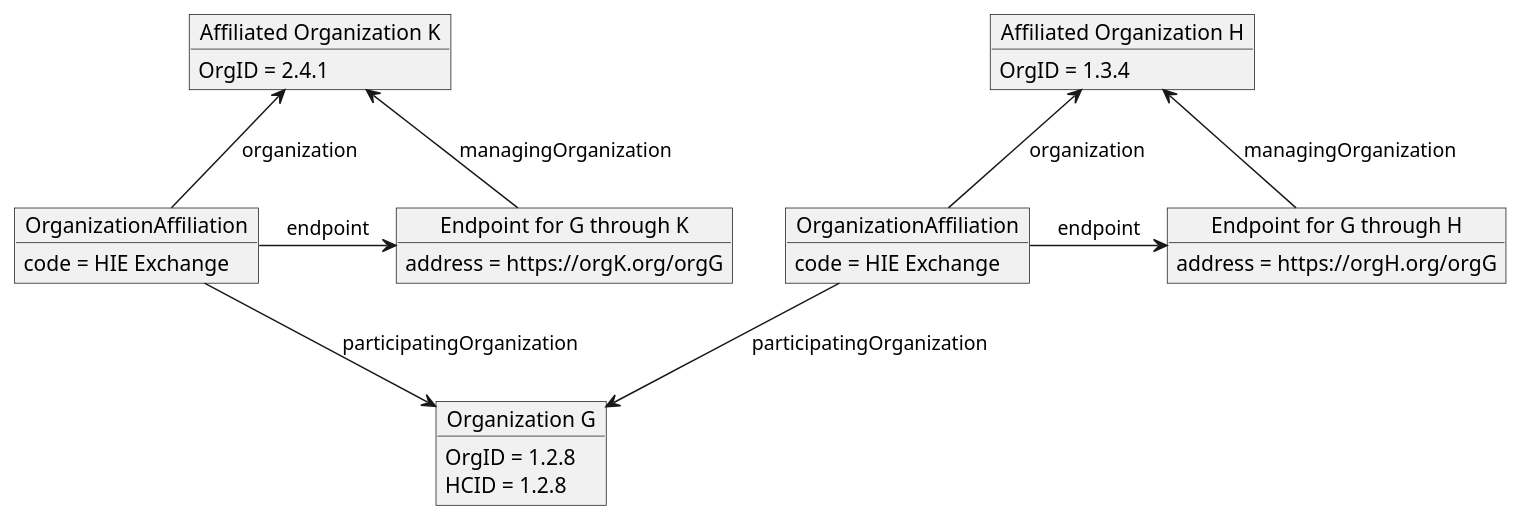
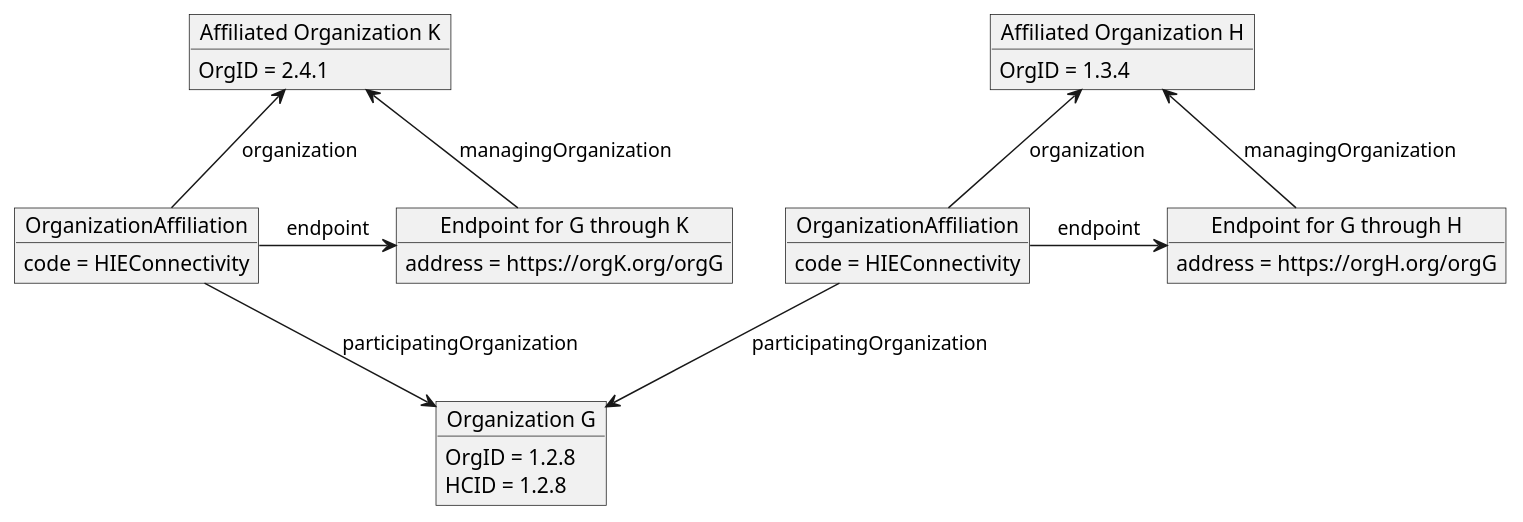
Before and after one commit to IHE/ITI.Topologies: the diagram in images-source/dir-org-specific-endpoint-multiple-routes.plantuml, drawn with PlantUML. The commit also changed 10 other files, not shown here.

```diff
--- a/images-source/dir-org-specific-endpoint-multiple-routes.plantuml
+++ b/images-source/dir-org-specific-endpoint-multiple-routes.plantuml
@@ -1,31 +1,31 @@
 @startuml dir-org-specific-endpoint-multiple-routes
 hide footbox
 
 object "Organization G" as OrganizationG
 OrganizationG : OrgID = 1.2.8
 OrganizationG : HCID = 1.2.8
 object "Affiliated Organization H" as OrganizationH
 OrganizationH : OrgID = 1.3.4
 object "OrganizationAffiliation" as OrgAff
-OrgAff : code = HIE Exchange
+OrgAff : code = HIEConnectivity
 object "Endpoint for G through H" as EndpointH
 EndpointH : address = https://orgH.org/orgG
 
 object "Affiliated Organization K" as OrganizationK
 OrganizationK : OrgID = 2.4.1
 object "OrganizationAffiliation" as OrgAff2
-OrgAff2 : code = HIE Exchange
+OrgAff2 : code = HIEConnectivity
 object "Endpoint for G through K" as EndpointK
 EndpointK : address = https://orgK.org/orgG
 
 OrgAff --> OrganizationG : participatingOrganization
 OrganizationH <-- OrgAff : organization
 OrgAff -> EndpointH : endpoint
 OrganizationH <- EndpointH : managingOrganization
 
 OrgAff2 --> OrganizationG : participatingOrganization
 OrganizationK <-- OrgAff2 : organization
 OrgAff2 -> EndpointK : endpoint
 OrganizationK <- EndpointK : managingOrganization
 
 @enduml
```
